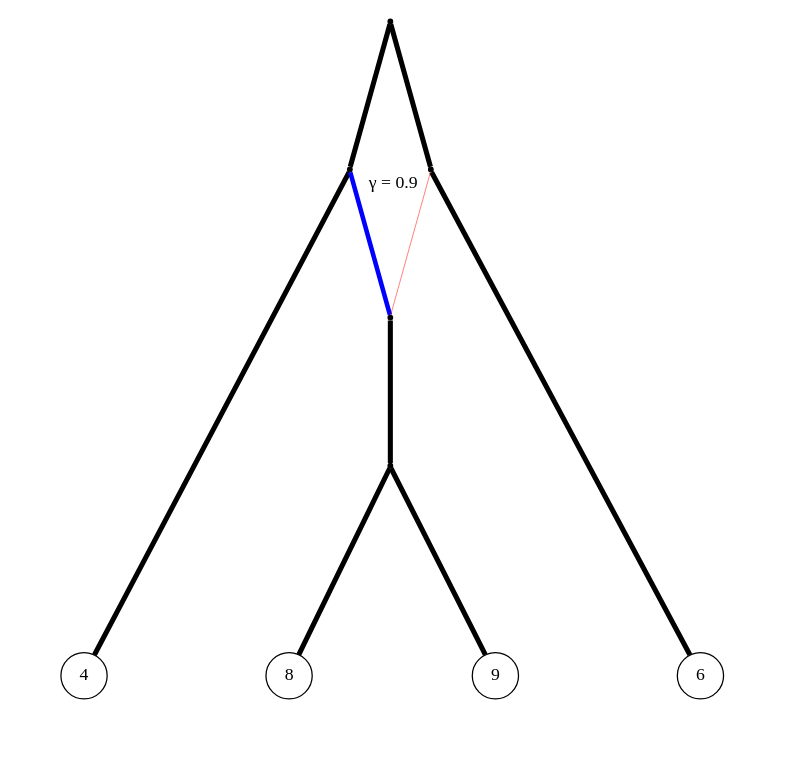
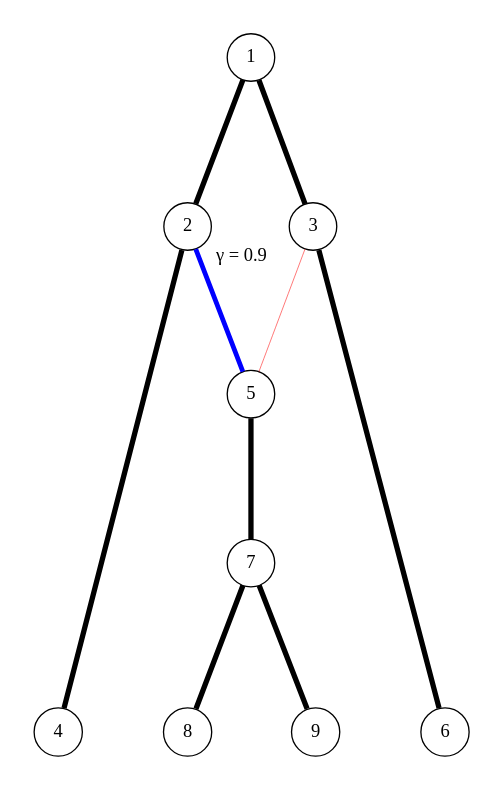
One commit to JuliaPhylo/PhyloNetworks.jl changed the diagram in visualization/drawCF.dot. Above: the diagram before and after it, drawn with Graphviz. The commit also changed 12 other files, not shown here.

```diff
--- a/visualization/drawCF.dot
+++ b/visualization/drawCF.dot
@@ -1,29 +1,29 @@
 Graph { 
 labelloc=b 
     ratio="expand"; 
     size="8 ,5"; 
-    node [shape = point] 
+    node [shape = circle] 
     rank=max 1 
      subgraph    { 4 , 6 , 8 , 9 } 
     4 [label=4] [shape = circle] [height = 0.1] 
     6 [label=6] [shape = circle] [height = 0.1] 
     8 [label=8] [shape = circle] [height = 0.1] 
     9 [label=9] [shape = circle] [height = 0.1] 
  
      1 -- 2 [penwidth=4]; 
-     1 -- 3 [penwidth=4]; 
      2 -- 4 [penwidth=4]; 
      2 -- 5
-                              [color=blue]
-                              [penwidth=3.6]
-                              [taillabel=" &gamma; = 0.9"]
-                              [labeldistance = 3.5]
-                              [labelangle=60.0]; 
-     3 -- 5
-                              [color=red]
-                              [penwidth=0.4]; 
-     3 -- 6 [penwidth=4]; 
+                                    [color=blue]
+                                    [penwidth=3.6]
+                                    [taillabel=" &gamma; = 0.9"]
+                                    [labeldistance = 3.5]
+                                    [labelangle=60.0]; 
      5 -- 7 [penwidth=4]; 
      7 -- 8 [penwidth=4]; 
      7 -- 9 [penwidth=4]; 
+     1 -- 3 [penwidth=4]; 
+     3 -- 5
+                                    [color=red]
+                                    [penwidth=0.4]; 
+     3 -- 6 [penwidth=4]; 
 }
```
